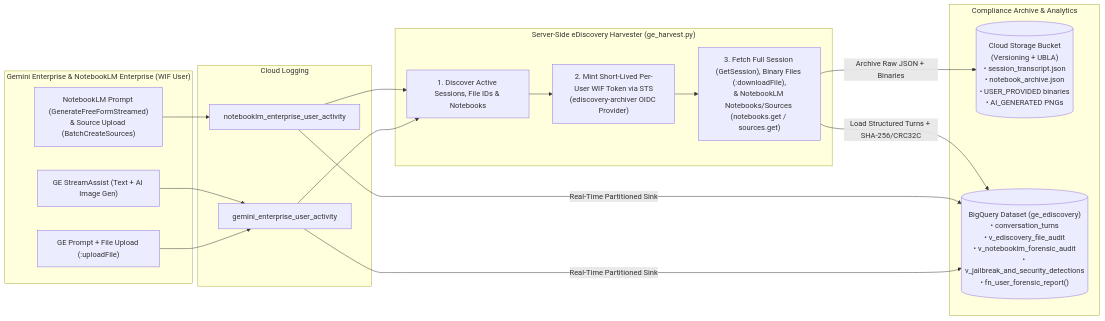
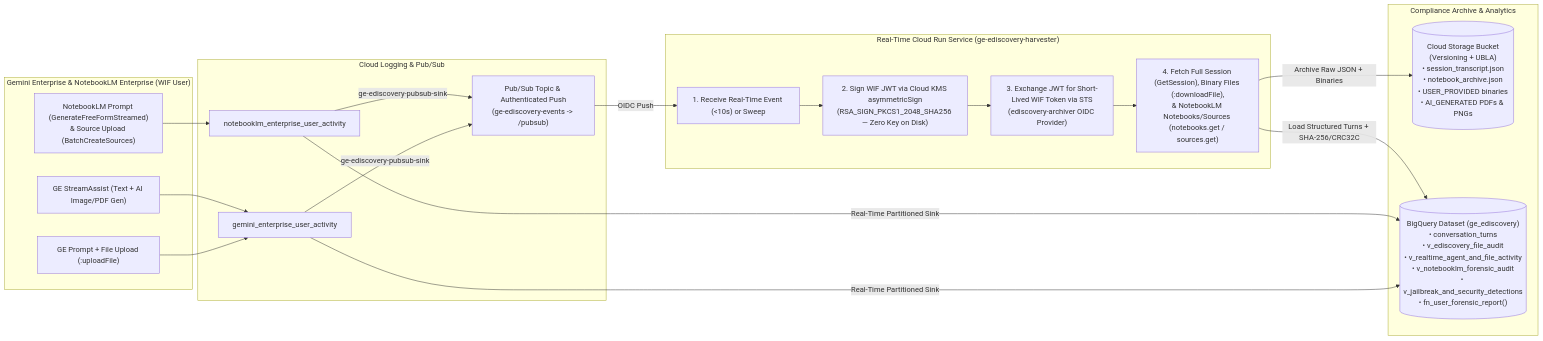
The diagram in projects/ge-ediscovery-logging/README.md (peterfishergcp/gps-ai-hub), drawn with Mermaid before and after one commit. The commit also changed other lines of this file and 8 other files, not shown here.

Commit message:
feat(ge-ediscovery-logging): add Cloud KMS asymmetric JWT signing and real-time Cloud Run Pub/Sub harvester

````diff
--- a/projects/ge-ediscovery-logging/README.md
+++ b/projects/ge-ediscovery-logging/README.md
@@ -36,36 +36,40 @@
 ```mermaid
 flowchart LR
     subgraph User["Gemini Enterprise & NotebookLM Enterprise (WIF User)"]
         A["GE Prompt + File Upload (:uploadFile)"]
-        B["GE StreamAssist (Text + AI Image Gen)"]
+        B["GE StreamAssist (Text + AI Image/PDF Gen)"]
         N["NotebookLM Prompt (GenerateFreeFormStreamed)\n& Source Upload (BatchCreateSources)"]
     end
 
-    subgraph Logging["Cloud Logging"]
+    subgraph Logging["Cloud Logging & Pub/Sub"]
         C["gemini_enterprise_user_activity"]
         NL["notebooklm_enterprise_user_activity"]
+        PS["Pub/Sub Topic & Authenticated Push\n(ge-ediscovery-events -> /pubsub)"]
     end
 
-    subgraph Harvester["Server-Side eDiscovery Harvester (ge_harvest.py)"]
-        D["1. Discover Active Sessions, File IDs & Notebooks"]
-        E["2. Mint Short-Lived Per-User WIF Token via STS\n(ediscovery-archiver OIDC Provider)"]
-        F["3. Fetch Full Session (GetSession), Binary Files (:downloadFile),\n& NotebookLM Notebooks/Sources (notebooks.get / sources.get)"]
+    subgraph Harvester["Real-Time Cloud Run Service (ge-ediscovery-harvester)"]
+        D["1. Receive Real-Time Event (<10s) or Sweep"]
+        KMS["2. Sign WIF JWT via Cloud KMS asymmetricSign\n(RSA_SIGN_PKCS1_2048_SHA256 — Zero Key on Disk)"]
+        E["3. Exchange JWT for Short-Lived WIF Token via STS\n(ediscovery-archiver OIDC Provider)"]
+        F["4. Fetch Full Session (GetSession), Binary Files (:downloadFile),\n& NotebookLM Notebooks/Sources (notebooks.get / sources.get)"]
     end
 
     subgraph Storage["Compliance Archive & Analytics"]
-        G[("Cloud Storage Bucket\n(Versioning + UBLA)\n• session_transcript.json\n• notebook_archive.json\n• USER_PROVIDED binaries\n• AI_GENERATED PNGs")]
-        H[("BigQuery Dataset (ge_ediscovery)\n• conversation_turns\n• v_ediscovery_file_audit\n• v_notebooklm_forensic_audit\n• v_jailbreak_and_security_detections\n• fn_user_forensic_report()")]
+        G[("Cloud Storage Bucket\n(Versioning + UBLA)\n• session_transcript.json\n• notebook_archive.json\n• USER_PROVIDED binaries\n• AI_GENERATED PDFs & PNGs")]
+        H[("BigQuery Dataset (ge_ediscovery)\n• conversation_turns\n• v_ediscovery_file_audit\n• v_realtime_agent_and_file_activity\n• v_notebooklm_forensic_audit\n• v_jailbreak_and_security_detections\n• fn_user_forensic_report()")]
     end
 
     A --> C
     B --> C
     N --> NL
     C -->|"Real-Time Partitioned Sink"| H
     NL -->|"Real-Time Partitioned Sink"| H
-    C --> D
-    NL --> D
-    D --> E
+    C -->|"ge-ediscovery-pubsub-sink"| PS
+    NL -->|"ge-ediscovery-pubsub-sink"| PS
+    PS -->|"OIDC Push"| D
+    D --> KMS
+    KMS --> E
     E --> F
     F -->|"Archive Raw JSON + Binaries"| G
     F -->|"Load Structured Turns + SHA-256/CRC32C"| H
 ```
````
